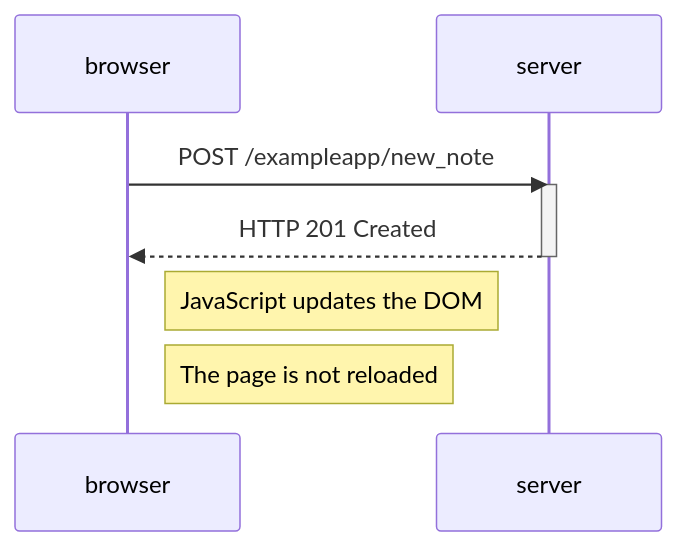
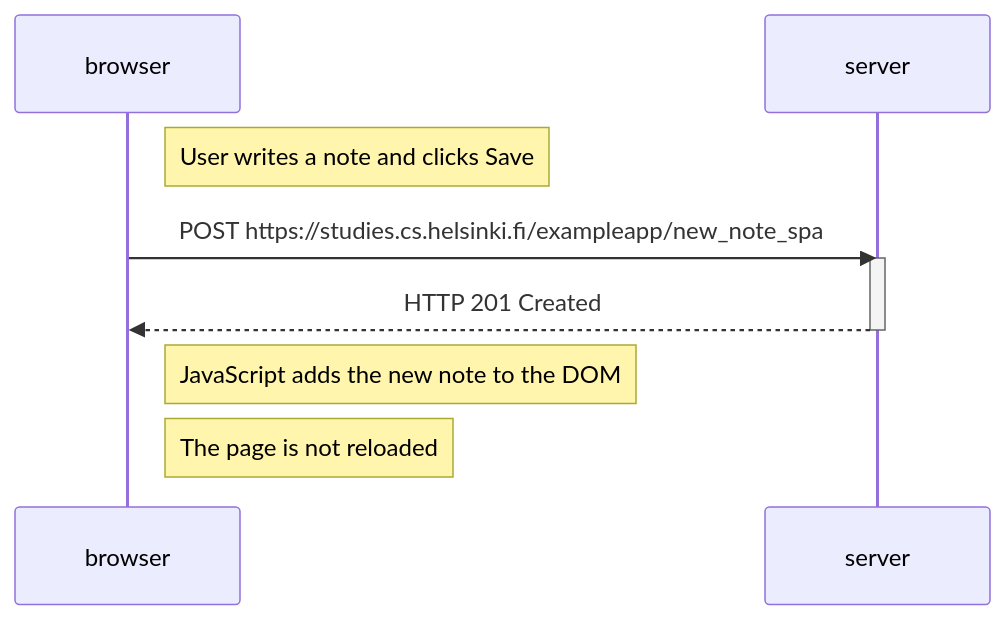
Before and after one commit to riyaBodwani/Full-stack-open: the diagram in part0/0.6-new-note-spa.md, drawn with Mermaid.

Commit message:
Enhance sequence diagram for new note SPA
Clarified user interaction and updated note addition description.

````diff
--- a/part0/0.6-new-note-spa.md
+++ b/part0/0.6-new-note-spa.md
@@ -1,14 +1,15 @@
 ```mermaid
 sequenceDiagram
     participant browser
     participant server
 
-    browser->>server: POST /exampleapp/new_note
+    Note right of browser: User writes a note and clicks Save
+
+    browser->>server: POST https://studies.cs.helsinki.fi/exampleapp/new_note_spa
     activate server
     server-->>browser: HTTP 201 Created
     deactivate server
 
-    Note right of browser: JavaScript updates the DOM
-
+    Note right of browser: JavaScript adds the new note to the DOM
     Note right of browser: The page is not reloaded
 ```
````
